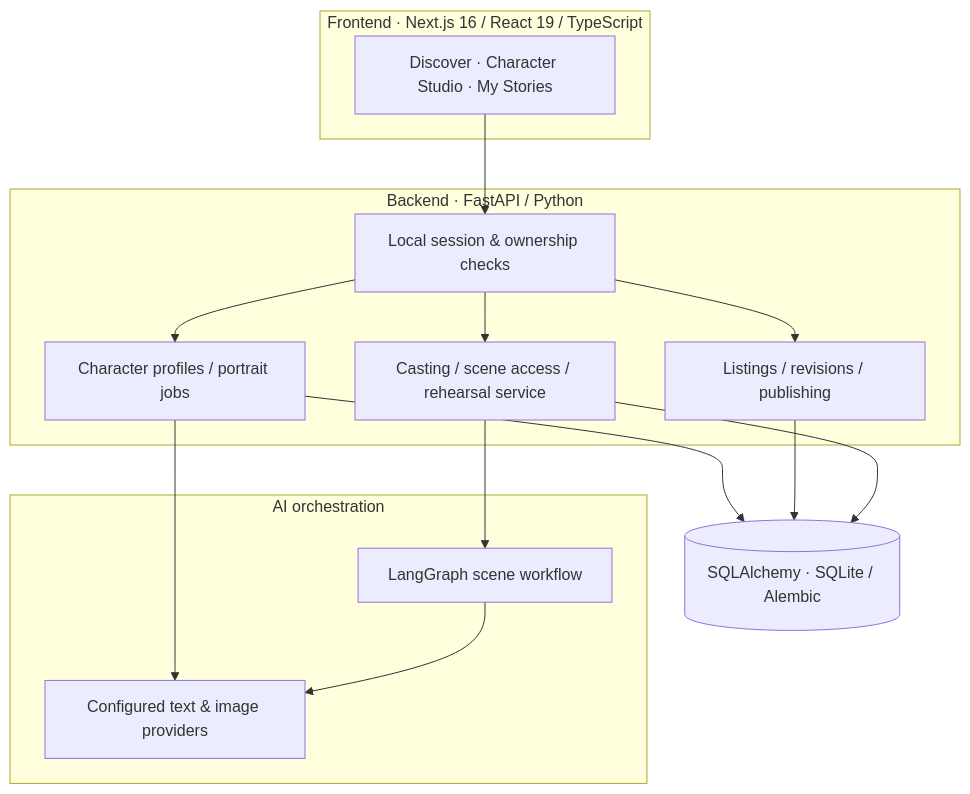
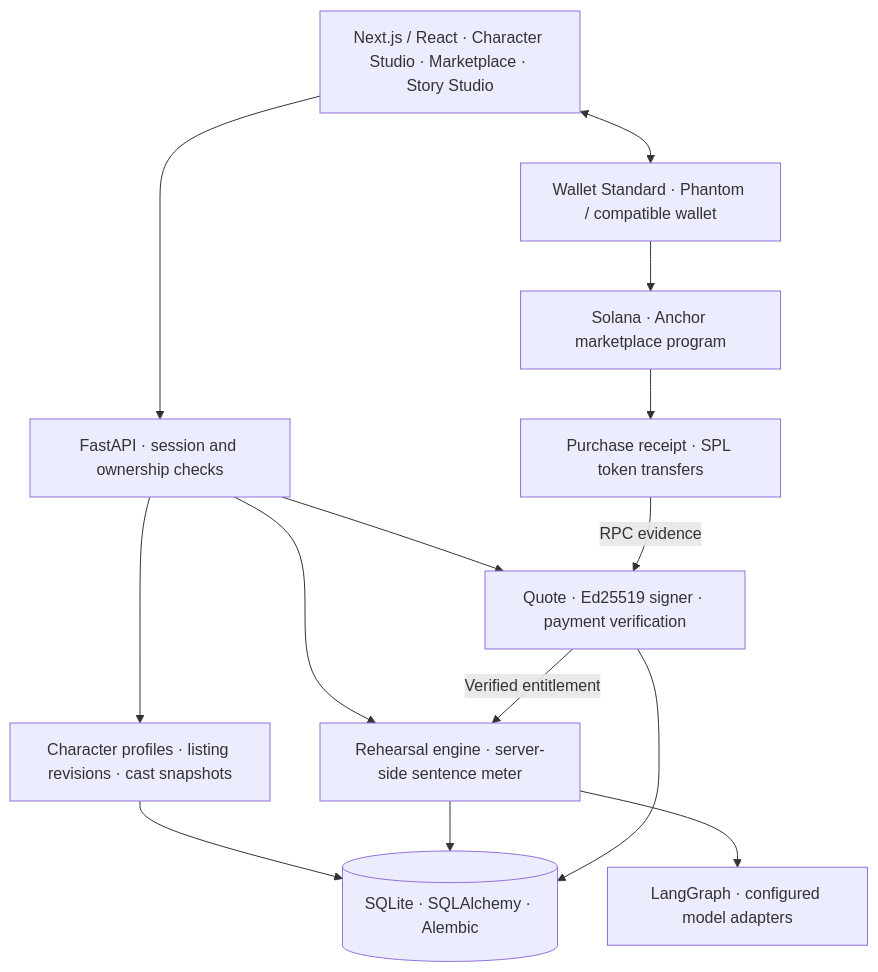
Before and after one commit to Roxyh-code/Echoloom_marketplace: the second of 3 diagrams in README.md, drawn with Mermaid. The commit also changed other lines of this file and 3 other files, not shown here.

Commit message:
docs: document current marketplace, AI and Solana architecture

````diff
--- a/README.md
+++ b/README.md
@@ -88,27 +96,26 @@
 ```mermaid
 flowchart TB
-    subgraph WEB["Frontend · Next.js 16 / React 19 / TypeScript"]
-      UI["Discover · Character Studio · My Stories"]
-    end
-    subgraph API["Backend · FastAPI / Python"]
-      AUTH["Local session & ownership checks"]
-      CREATOR["Character profiles / portrait jobs"]
-      MARKET["Listings / revisions / publishing"]
-      SCENE["Casting / scene access / rehearsal service"]
-    end
-    subgraph AI["AI orchestration"]
-      GRAPH["LangGraph scene workflow"]
-      MODELS["Configured text & image providers"]
-    end
-    DB[("SQLAlchemy · SQLite / Alembic")]
-    UI --> AUTH
-    AUTH --> CREATOR
-    AUTH --> MARKET
-    AUTH --> SCENE
-    CREATOR --> MODELS
-    SCENE --> GRAPH
-    GRAPH --> MODELS
-    CREATOR --> DB
+    UI["Next.js / React · Character Studio · Marketplace · Story Studio"]
+    WALLET["Wallet Standard · Phantom / compatible wallet"]
+    API["FastAPI · session and ownership checks"]
+    MARKET["Character profiles · listing revisions · cast snapshots"]
+    STORY["Rehearsal engine · server-side sentence meter"]
+    GRAPH["LangGraph · configured model adapters"]
+    PAY["Quote · Ed25519 signer · payment verification"]
+    DB[("SQLite · SQLAlchemy · Alembic")]
+    CHAIN["Solana · Anchor marketplace program"]
+    RECEIPT["Purchase receipt · SPL token transfers"]
+    UI --> API
+    UI <--> WALLET
+    API --> MARKET
+    API --> STORY
+    API --> PAY
+    STORY --> GRAPH
     MARKET --> DB
-    SCENE --> DB
+    STORY --> DB
+    PAY --> DB
+    WALLET --> CHAIN
+    CHAIN --> RECEIPT
+    RECEIPT -->|"RPC evidence"| PAY
+    PAY -->|"Verified entitlement"| STORY
 ```
````
